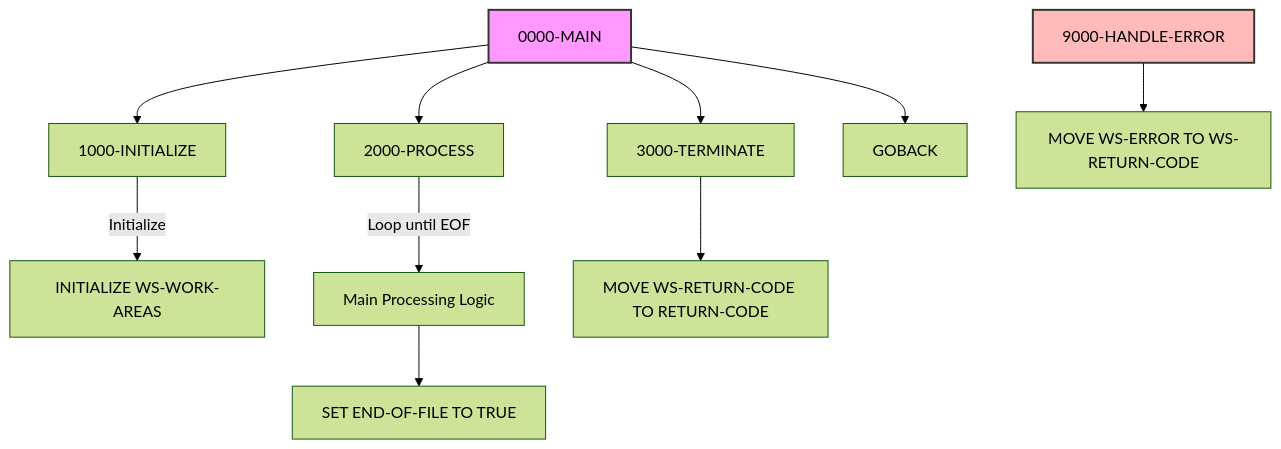
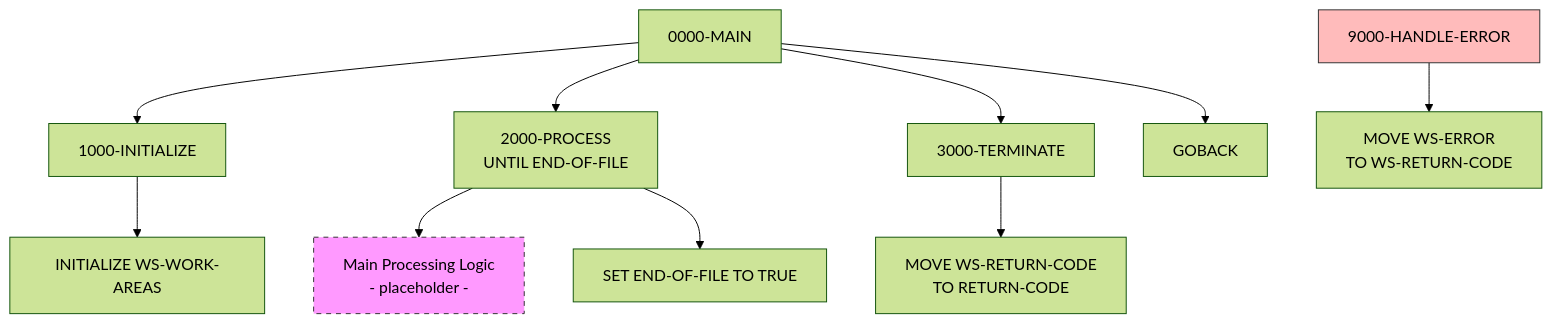
Before and after one commit to haladir-com/legacy-benchmark-docs-vb70e1: the diagram in docs/programs/PROGNAME.mdx, drawn with Mermaid (forest theme). The commit also changed other lines of this file and 63 other files, not shown here.

````diff
--- a/docs/programs/PROGNAME.mdx
+++ b/docs/programs/PROGNAME.mdx
@@ -21,19 +21,19 @@
 ```mermaid
 graph TD
     A[0000-MAIN] --> B[1000-INITIALIZE]
-    A --> C[2000-PROCESS]
+    A --> C[2000-PROCESS<br/>UNTIL END-OF-FILE]
     A --> D[3000-TERMINATE]
     A --> E[GOBACK]
     
-    B -->|Initialize| F[INITIALIZE WS-WORK-AREAS]
+    B --> B1[INITIALIZE WS-WORK-AREAS]
     
-    C -->|Loop until EOF| G[Main Processing Logic]
-    G --> H[SET END-OF-FILE TO TRUE]
+    C --> C1[Main Processing Logic<br/>- placeholder -]
+    C --> C2[SET END-OF-FILE TO TRUE]
     
-    D --> I[MOVE WS-RETURN-CODE TO RETURN-CODE]
+    D --> D1[MOVE WS-RETURN-CODE<br/>TO RETURN-CODE]
     
-    J[9000-HANDLE-ERROR] --> K[MOVE WS-ERROR TO WS-RETURN-CODE]
+    F[9000-HANDLE-ERROR] --> F1[MOVE WS-ERROR<br/>TO WS-RETURN-CODE]
     
-    style A fill:#f9f,stroke:#333,stroke-width:2px
-    style J fill:#fbb,stroke:#333,stroke-width:2px
+    style C1 fill:#f9f,stroke:#333,stroke-dasharray: 5 5
+    style F fill:#fbb,stroke:#333
 ```
````
